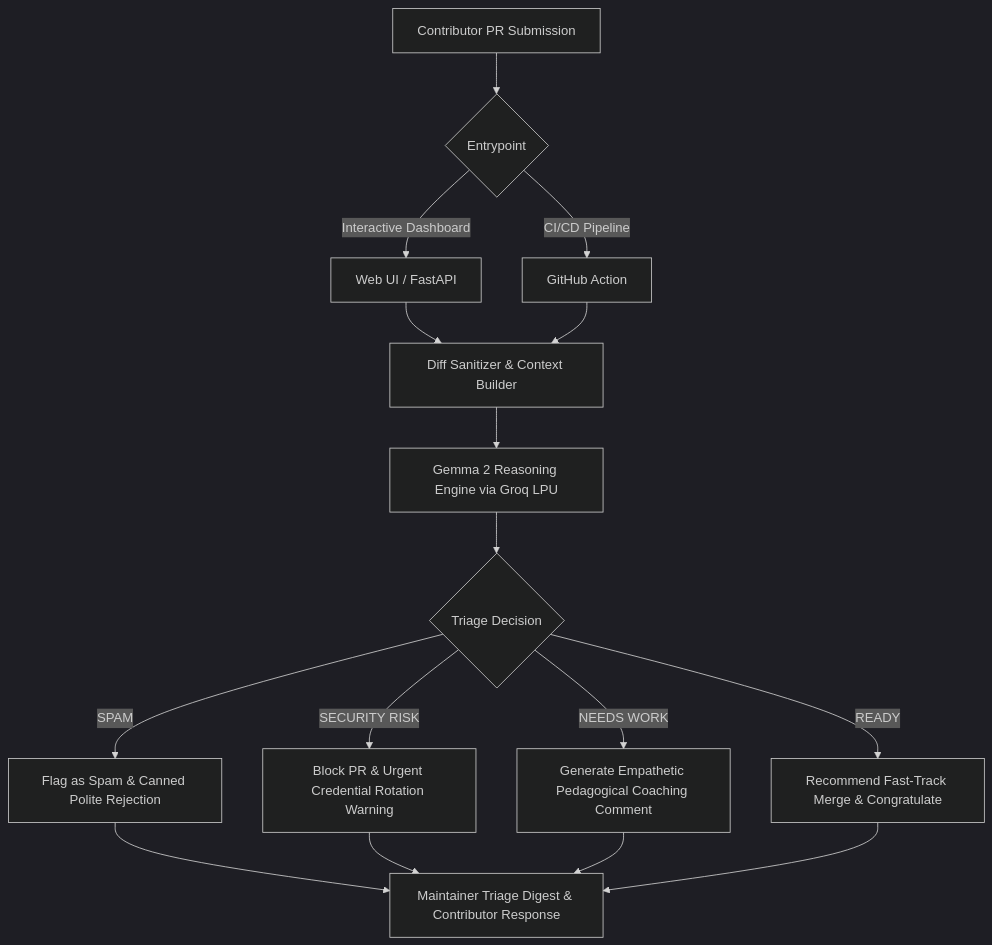
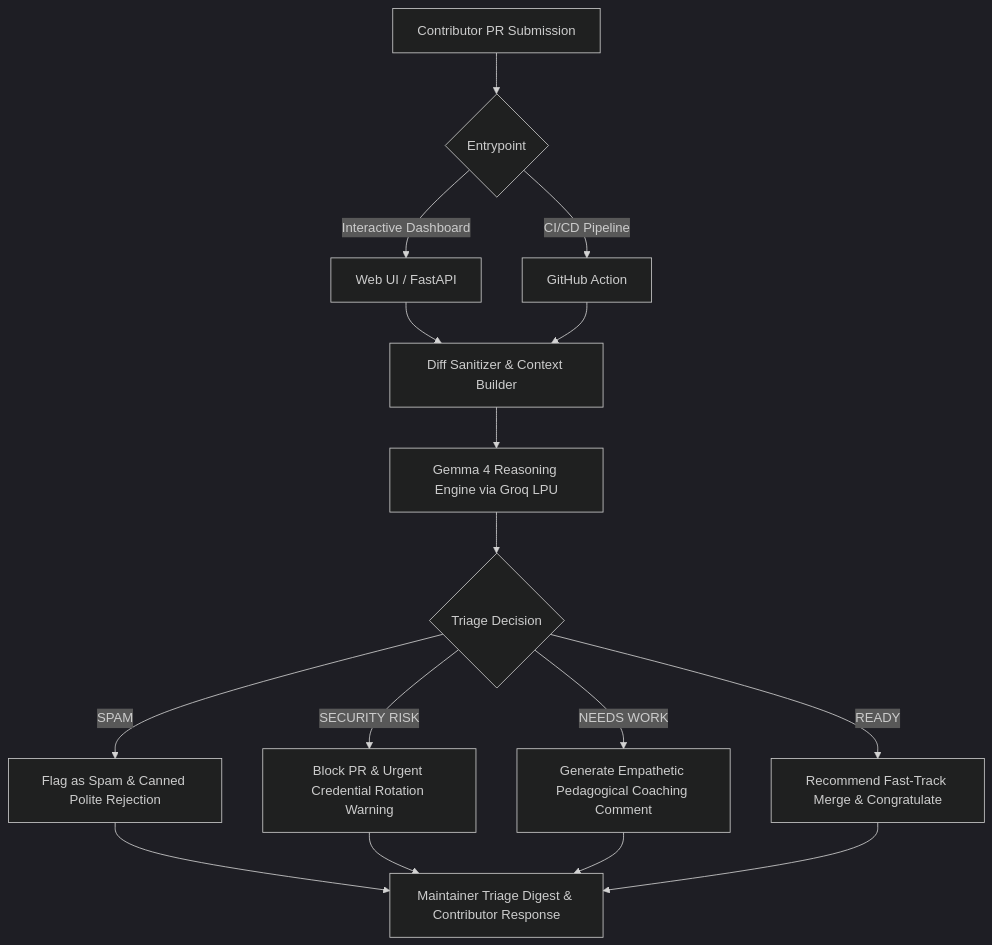
Before and after one commit to AnshulKumar79/Bermuda_PR_Shielder: the diagram in README.md, drawn with Mermaid (dark theme). The commit also changed other lines of this file and 12 other files, not shown here.

````diff
--- a/README.md
+++ b/README.md
@@ -45,22 +45,22 @@
 ```mermaid
 graph TD
     A[Contributor PR Submission] --> B{Entrypoint}
     B -->|Interactive Dashboard| C[Web UI / FastAPI]
     B -->|CI/CD Pipeline| D[GitHub Action]
     
     C --> E[Diff Sanitizer & Context Builder]
     D --> E
     
-    E --> F[Gemma 2 Reasoning Engine via Groq LPU]
+    E --> F[Gemma 4 Reasoning Engine via Groq LPU]
     
     F --> G{Triage Decision}
     G -->|SPAM| H[Flag as Spam & Canned Polite Rejection]
     G -->|SECURITY RISK| I[Block PR & Urgent Credential Rotation Warning]
     G -->|NEEDS WORK| J[Generate Empathetic Pedagogical Coaching Comment]
     G -->|READY| K[Recommend Fast-Track Merge & Congratulate]
     
     H --> L[Maintainer Triage Digest & Contributor Response]
     I --> L
     J --> L
     K --> L
 ```
````
